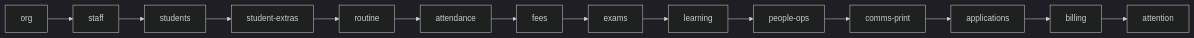
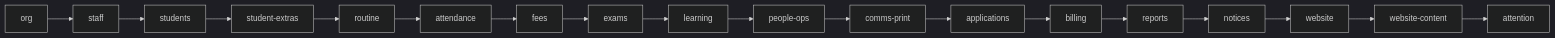
One commit to LBCron/biddaloy changed the second of 10 diagrams in docs/architecture/22-demo-seed.md. Above: the diagram before and after it, drawn with Mermaid (dark theme). The commit also changed other lines of this file and 22 other files, not shown here.

First line of the commit message:
feat(website): W1 close - api types, demo seed, workbook tabs, architecture doc (#3621)

````diff
--- a/docs/architecture/22-demo-seed.md
+++ b/docs/architecture/22-demo-seed.md
@@ -78,4 +78,4 @@
 ```mermaid
 flowchart LR
-  org --> staff --> students --> student-extras --> routine --> attendance --> fees --> exams --> learning --> people-ops --> comms-print --> applications --> billing --> attention
+  org --> staff --> students --> student-extras --> routine --> attendance --> fees --> exams --> learning --> people-ops --> comms-print --> applications --> billing --> reports --> notices --> website --> website-content --> attention
 ```
````
